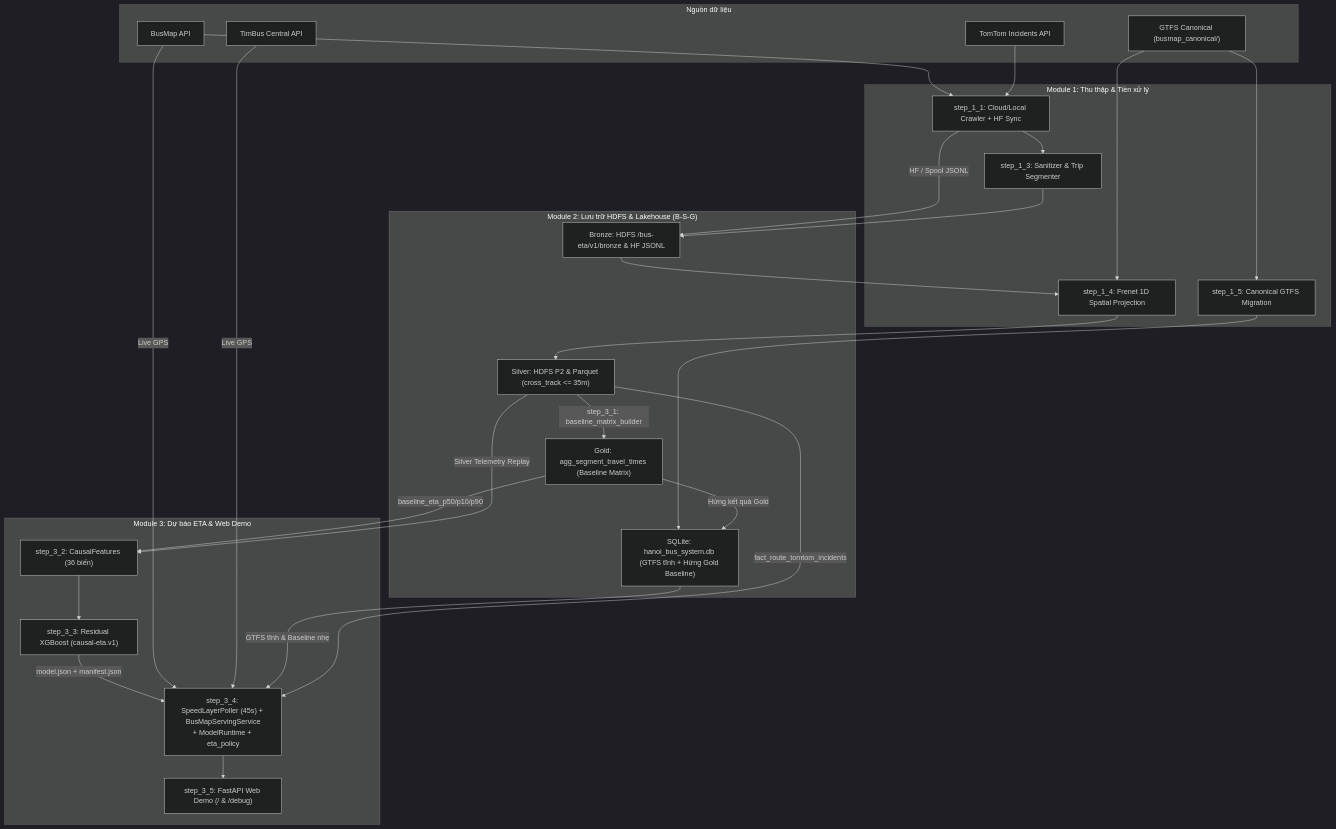
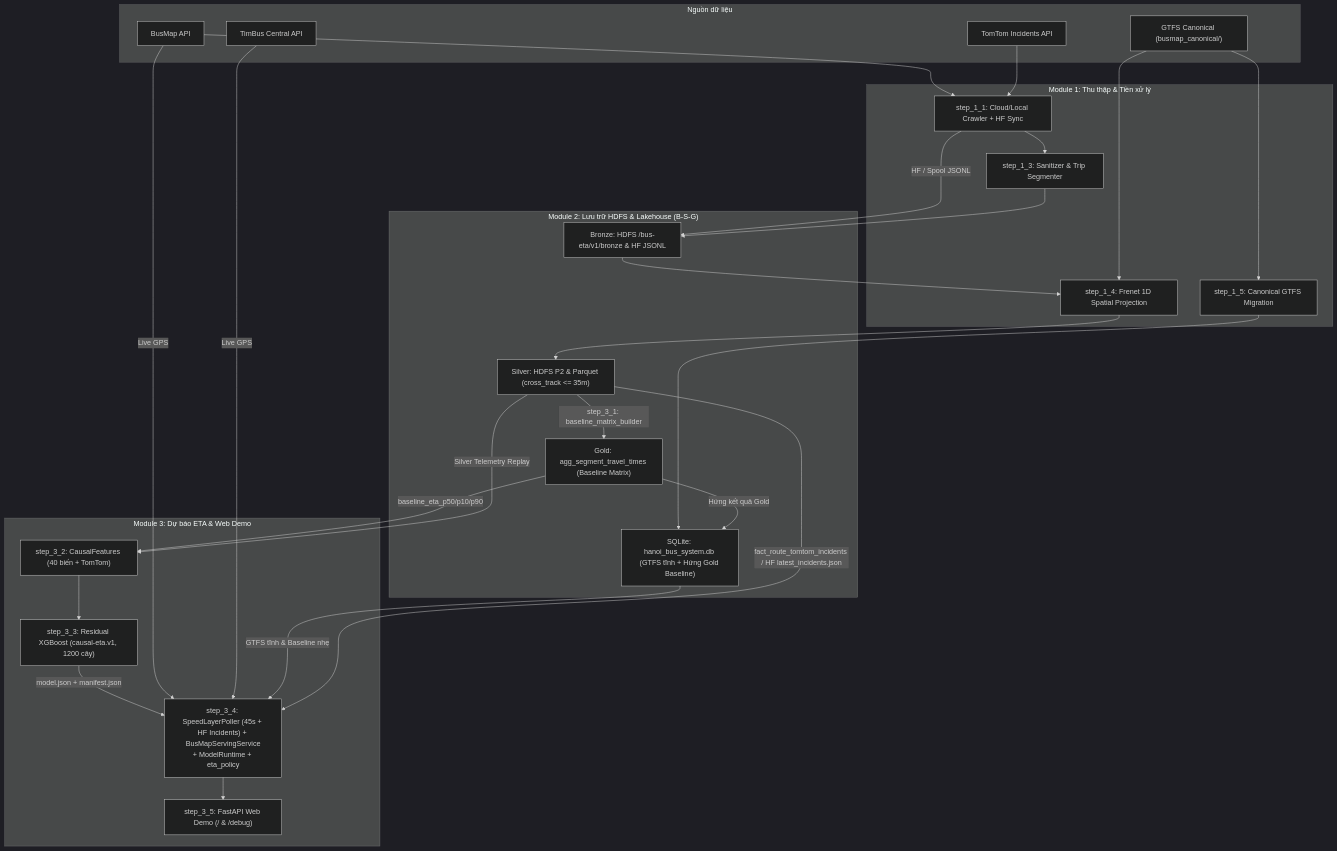
One commit to toibinguz/Bus_tracking changed the diagram in README.md. Above: the diagram before and after it, drawn with Mermaid (dark theme). The commit also changed 12 other files, not shown here.

````diff
--- a/README.md
+++ b/README.md
@@ -9,44 +9,44 @@
 ```mermaid
 flowchart TD
     subgraph SRC["Nguồn dữ liệu"]
         BM["BusMap API"]
         TB["TimBus Central API"]
         TT["TomTom Incidents API"]
         GTFS["GTFS Canonical (busmap_canonical/)"]
     end
 
     subgraph M1["Module 1: Thu thập & Tiền xử lý"]
         CRAWL["step_1_1: Cloud/Local Crawler + HF Sync"]
         SAN["step_1_3: Sanitizer & Trip Segmenter"]
         PROJ["step_1_4: Frenet 1D Spatial Projection"]
         MIG["step_1_5: Canonical GTFS Migration"]
     end
 
     subgraph M2["Module 2: Lưu trữ HDFS & Lakehouse (B-S-G)"]
         BR["Bronze: HDFS /bus-eta/v1/bronze & HF JSONL"]
         SIL["Silver: HDFS P2 & Parquet (cross_track <= 35m)"]
         GOLD["Gold: agg_segment_travel_times (Baseline Matrix)"]
         SQL["SQLite: hanoi_bus_system.db (GTFS tĩnh + Hứng Gold Baseline)"]
     end
 
     subgraph M3["Module 3: Dự báo ETA & Web Demo"]
-        CF["step_3_2: CausalFeatures (36 biến)"]
-        TRAIN["step_3_3: Residual XGBoost (causal-eta.v1)"]
-        SERVE["step_3_4: SpeedLayerPoller (45s) + BusMapServingService\n+ ModelRuntime + eta_policy"]
+        CF["step_3_2: CausalFeatures (40 biến + TomTom)"]
+        TRAIN["step_3_3: Residual XGBoost (causal-eta.v1, 1200 cây)"]
+        SERVE["step_3_4: SpeedLayerPoller (45s + HF Incidents) + BusMapServingService\n+ ModelRuntime + eta_policy"]
         WEB["step_3_5: FastAPI Web Demo (/ & /debug)"]
     end
 
     BM & TT --> CRAWL -->|"HF / Spool JSONL"| BR --> PROJ --> SIL
     CRAWL --> SAN --> BR
     GTFS --> MIG --> SQL
     GTFS --> PROJ
     SIL -->|"step_3_1: baseline_matrix_builder"| GOLD
     GOLD -->|"Hứng kết quả Gold"| SQL
     GOLD -->|"baseline_eta_p50/p10/p90"| CF
     SIL -->|"Silver Telemetry Replay"| CF
     CF --> TRAIN -->|"model.json + manifest.json"| SERVE
     BM & TB -->|"Live GPS"| SERVE
     SQL -->|"GTFS tĩnh & Baseline nhẹ"| SERVE
-    SIL -->|"fact_route_tomtom_incidents"| SERVE
+    SIL -->|"fact_route_tomtom_incidents / HF latest_incidents.json"| SERVE
     SERVE --> WEB
 ```
````
